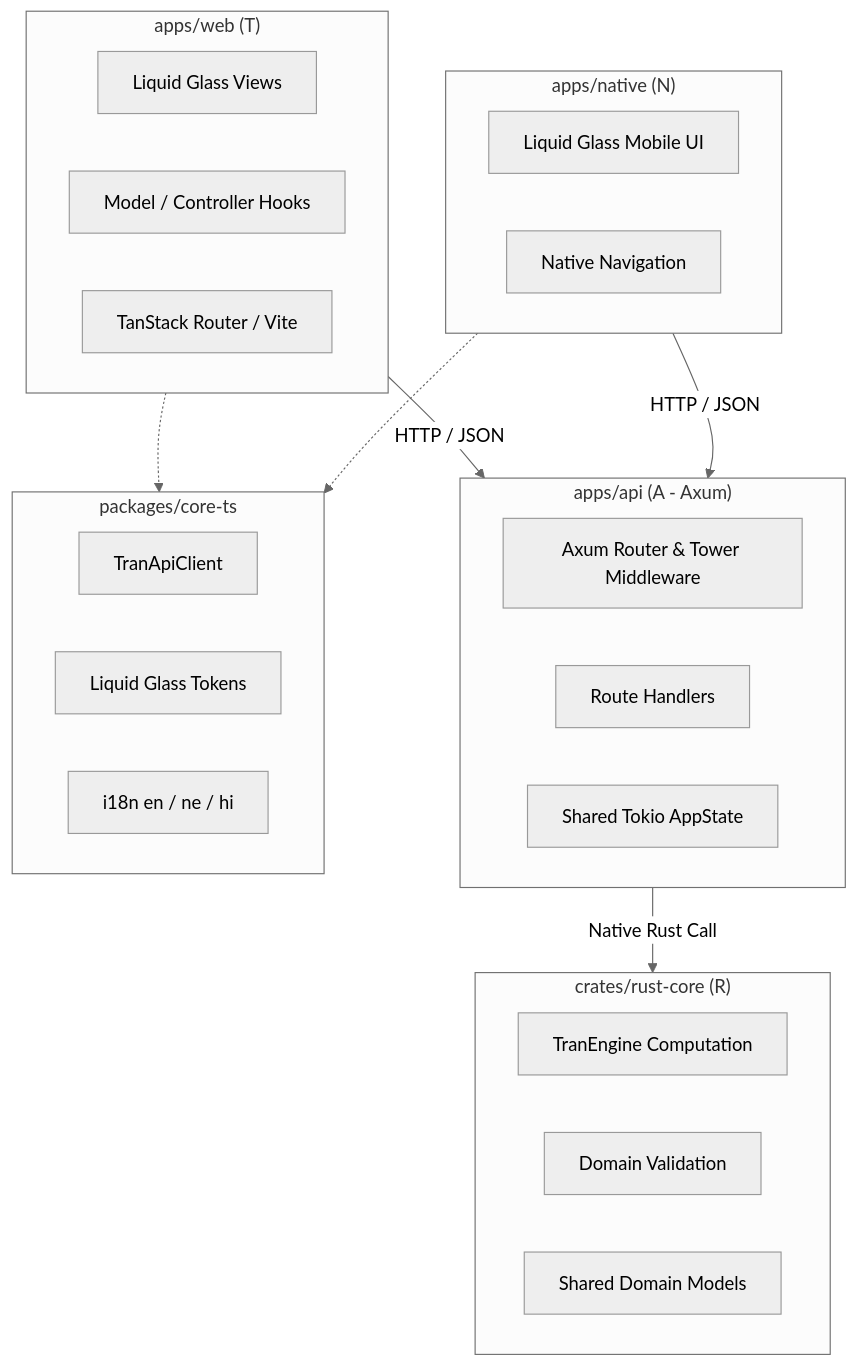
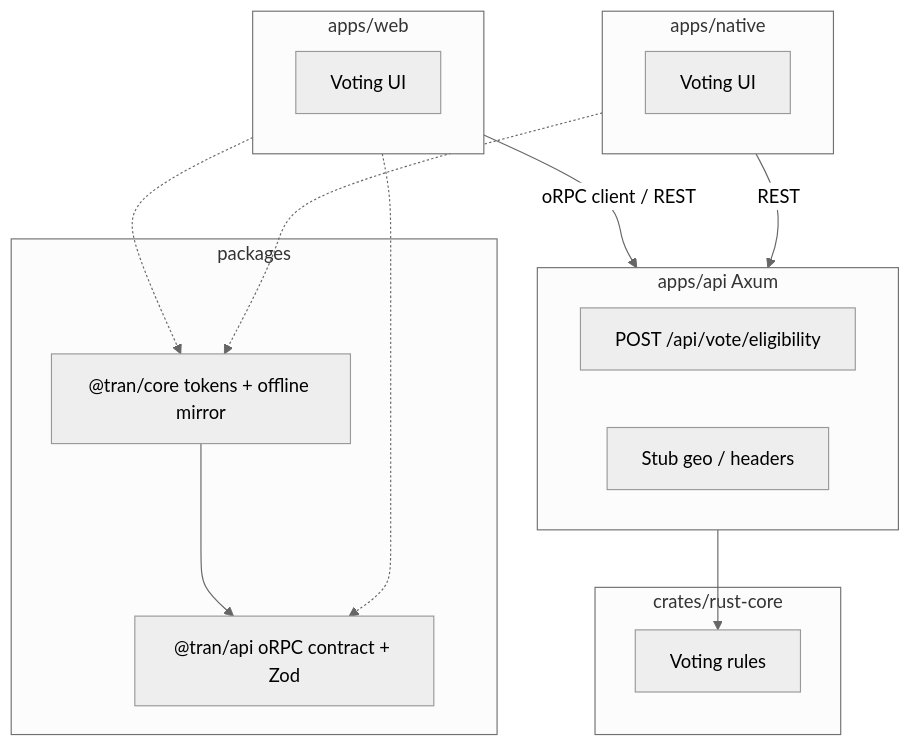
Before and after one commit to bishalg/create-TRAN: the diagram in README.md, drawn with Mermaid (neutral theme). The commit also changed other lines of this file and 43 other files, not shown here.

First line of the commit message:
feat: Voting Eligibility demo with oRPC contract package

````diff
--- a/README.md
+++ b/README.md
@@ -78,37 +57,28 @@
 ```mermaid
 graph TD
-    subgraph Web ["apps/web (T)"]
-        UI[Liquid Glass Views]
-        Hook[Model / Controller Hooks]
-        Router[TanStack Router / Vite]
+    subgraph Web ["apps/web"]
+        WUI[Voting UI]
+    end
+    subgraph Mobile ["apps/native"]
+        NUI[Voting UI]
+    end
+    subgraph Backend ["apps/api Axum"]
+        VoteRoute["POST /api/vote/eligibility"]
+        Geo[Stub geo / headers]
+    end
+    subgraph Core ["crates/rust-core"]
+        Rules[Voting rules]
+    end
+    subgraph Shared ["packages"]
+        CoreTS["@tran/core tokens + offline mirror"]
+        APIPkg["@tran/api oRPC contract + Zod"]
     end
 
-    subgraph Mobile ["apps/native (N)"]
-        RNUI[Liquid Glass Mobile UI]
-        MobileNav[Native Navigation]
-    end
-
-    subgraph Backend ["apps/api (A - Axum)"]
-        RouterAxum[Axum Router & Tower Middleware]
-        Handlers[Route Handlers]
-        State[Shared Tokio AppState]
-    end
-
-    subgraph Core ["crates/rust-core (R)"]
-        Engine[TranEngine Computation]
-        Validation[Domain Validation]
-        Models[Shared Domain Models]
-    end
-
-    subgraph SharedTS ["packages/core-ts"]
-        Client[TranApiClient]
-        Tokens[Liquid Glass Tokens]
-        i18n[i18n en / ne / hi]
-    end
-
-    Web -->|HTTP / JSON| Backend
-    Mobile -->|HTTP / JSON| Backend
-    Backend -->|Native Rust Call| Core
-    Web -.-> SharedTS
-    Mobile -.-> SharedTS
+    Web -->|oRPC client / REST| Backend
+    Mobile -->|REST| Backend
+    Backend --> Rules
+    Web -.-> CoreTS
+    Mobile -.-> CoreTS
+    Web -.-> APIPkg
+    CoreTS --> APIPkg
 ```
````
